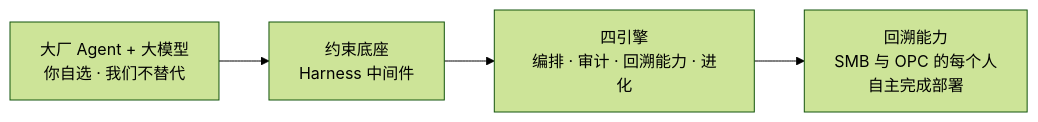
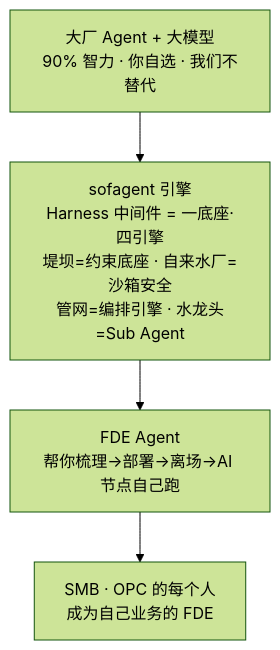
The diagram in FDE/FDE.md (KongFangXun/sofagent), drawn with Mermaid (forest theme) before and after one commit. The commit also changed other lines of this file and 6 other files, not shown here.

First line of the commit message:
docs(v1.1.9): FDE Agent 叙事全面贯通——四段式 README + 产品哲学引子 + Mermaid 统一 + HANDBOOK/DEVELOPMENT/FDE.md 叙事对齐

````diff
--- a/FDE/FDE.md
+++ b/FDE/FDE.md
@@ -54,6 +54,6 @@
 ```mermaid
-graph LR
-    A[大厂 Agent + 大模型<br/>你自选 · 我们不替代] --> B[约束底座<br/>Harness 中间件]
-    B --> C[四引擎<br/>编排 · 审计 · 回溯能力 · 进化]
-    C --> D[回溯能力<br/>SMB 与 OPC 的每个人<br/>自主完成部署]
+graph TD
+    A[大厂 Agent + 大模型<br/>90% 智力 · 你自选 · 我们不替代] --> B[sofagent 引擎<br/>Harness 中间件 = 一底座·四引擎<br/>堤坝=约束底座 · 自来水厂=沙箱安全<br/>管网=编排引擎 · 水龙头=Sub Agent]
+    B --> C[FDE Agent<br/>帮你梳理→部署→离场→AI 节点自己跑]
+    C --> D[SMB · OPC 的每个人<br/>成为自己业务的 FDE]
 ```
````
